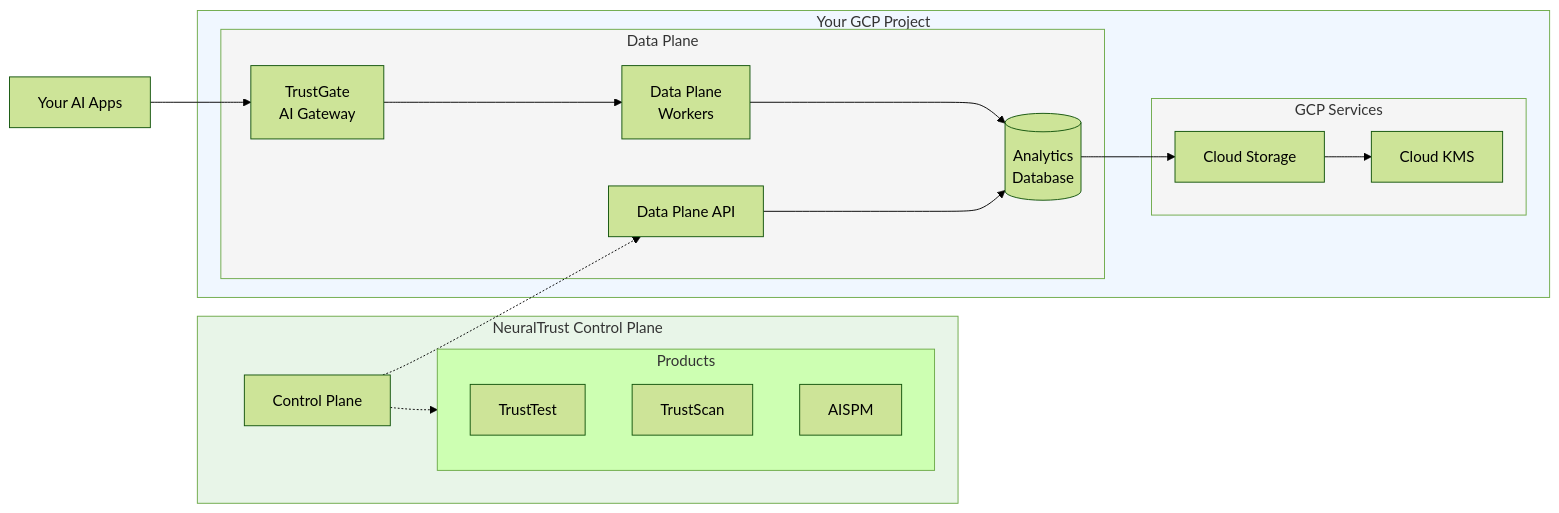
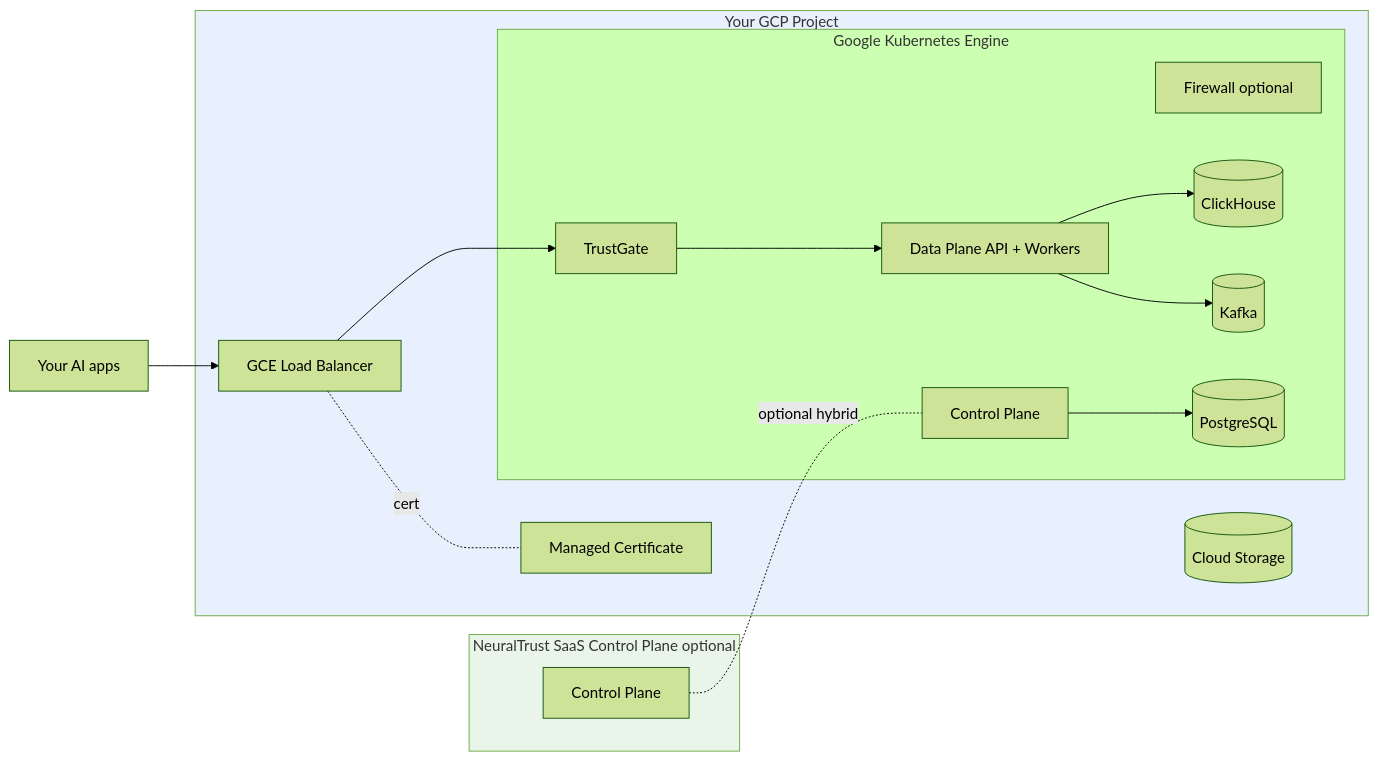
One commit to NeuralTrust/docs changed the diagram in neuraltrust/deployment/gcp.mdx. Above: the diagram before and after it, drawn with Mermaid (forest theme). The commit also changed other lines of this file and 10 other files, not shown here.

````diff
--- a/neuraltrust/deployment/gcp.mdx
+++ b/neuraltrust/deployment/gcp.mdx
@@ -13,39 +12,33 @@
 ```mermaid
 flowchart LR
-    subgraph NT[NeuralTrust Control Plane]
-        Portal[Control Plane] 
-        subgraph Products[Products]
-            TrustTest[TrustTest]
-            TrustScan[TrustScan]
-            AISPM[AISPM]
+    subgraph NT[NeuralTrust SaaS Control Plane optional]
+        Portal[Control Plane]
+    end
+
+    subgraph GCP[Your GCP Project]
+        subgraph GKE[Google Kubernetes Engine]
+            TG[TrustGate]
+            CP[Control Plane]
+            DP[Data Plane API + Workers]
+            FW[Firewall optional]
+            CH[(ClickHouse)]
+            KAF[(Kafka)]
+            PG[(PostgreSQL)]
         end
+        LB[GCE Load Balancer]
+        MC[Managed Certificate]
+        GCS[(Cloud Storage)]
     end
-    subgraph Customer[Your GCP Project]
-        subgraph DataPlane[Data Plane]
-            TG[TrustGate<br/>AI Gateway]
-            Workers[Data Plane<br/>Workers]
-            DB[(Analytics<br/>Database)]
-            DataPlaneApi[Data Plane API]
-        end
-        
-        subgraph Storage[GCP Services]
-            GCS[Cloud Storage]
-            KMS[Cloud KMS]
-        end
-    end
-    
-    AI[Your AI Apps] --> TG
-    TG --> Workers
-    Workers --> DB
-    DataPlaneApi --> DB
-    DB --> GCS
-    GCS --> KMS
-    
-    Portal -.-> DataPlaneApi
-    Portal -.-> Products
-    
-    style Customer fill:#f0f7ff
+
+    Apps[Your AI apps] --> LB --> TG
+    TG --> DP
+    DP --> CH
+    DP --> KAF
+    CP --> PG
+    LB -. cert .- MC
+
+    Portal -. optional hybrid .- CP
+
+    style GCP fill:#e8f0fe
     style NT fill:#e8f5e8
-    style DataPlane fill:#f5f5f5
-    style Storage fill:#f5f5f5
 ```
````
